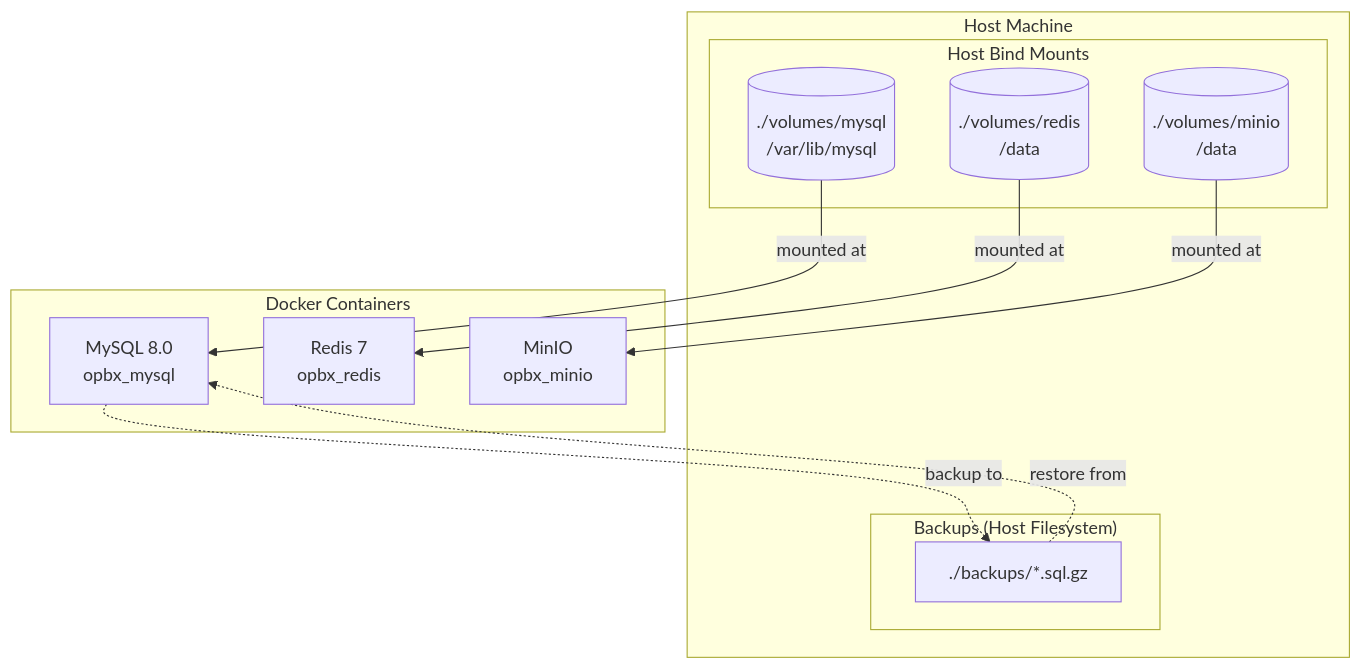
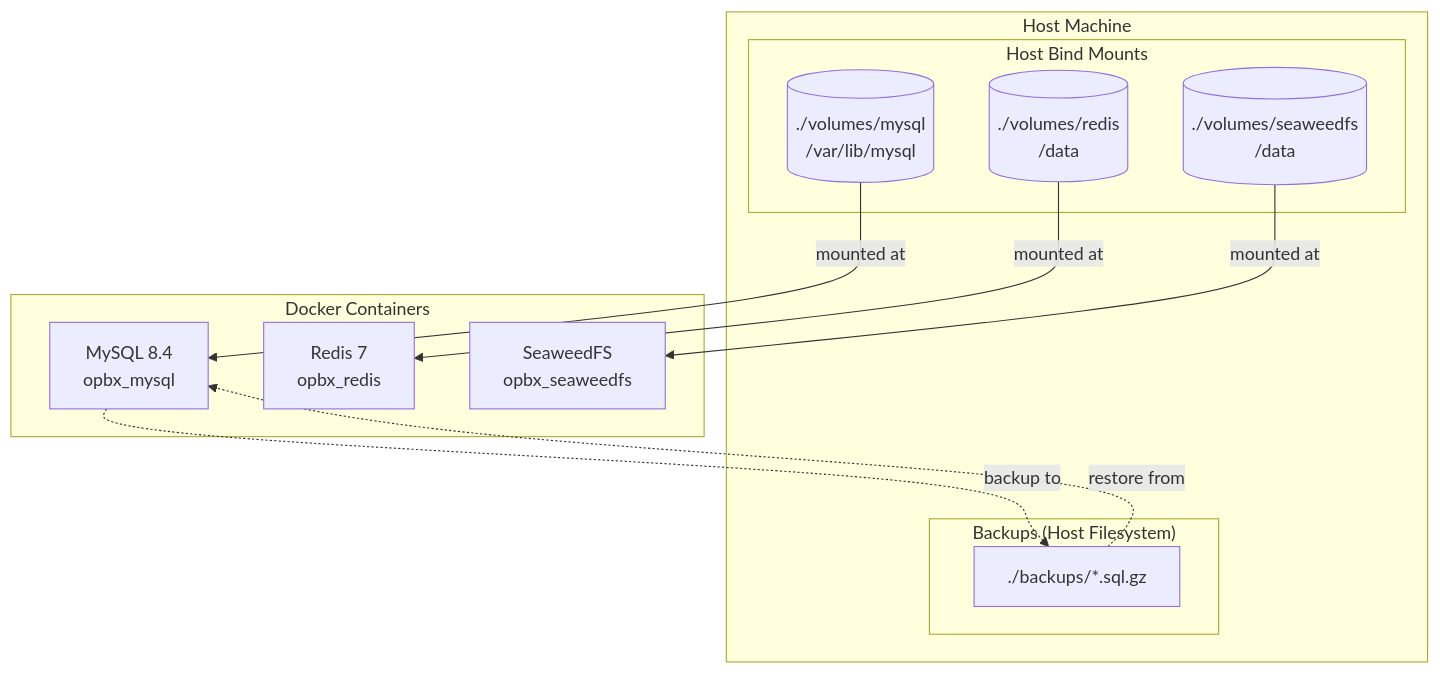
One commit to greenfieldtech-nirs/opbx changed the diagram in docs/DATABASE-PERSISTENCE.md. Above: the diagram before and after it, drawn with Mermaid. The commit also changed other lines of this file, not shown here.

Commit message:
docs(infra): update persistence guide for SeaweedFS and MySQL 8.4

````diff
--- a/docs/DATABASE-PERSISTENCE.md
+++ b/docs/DATABASE-PERSISTENCE.md
@@ -35,25 +35,25 @@
 ```mermaid
 flowchart TB
     subgraph Host["Host Machine"]
         subgraph HostBindMounts["Host Bind Mounts"]
             mysql_data[("./volumes/mysql\n/var/lib/mysql")]
             redis_data[("./volumes/redis\n/data")]
-            minio_data[("./volumes/minio\n/data")]
+            seaweedfs_data[("./volumes/seaweedfs\n/data")]
         end
         subgraph Backups["Backups (Host Filesystem)"]
             backup_files["./backups/*.sql.gz"]
         end
     end
 
     subgraph Containers["Docker Containers"]
-        mysql["MySQL 8.0\nopbx_mysql"]
+        mysql["MySQL 8.4\nopbx_mysql"]
         redis["Redis 7\nopbx_redis"]
-        minio["MinIO\nopbx_minio"]
+        seaweedfs["SeaweedFS\nopbx_seaweedfs"]
     end
 
     mysql_data -->|"mounted at"| mysql
     redis_data -->|"mounted at"| redis
-    minio_data -->|"mounted at"| minio
+    seaweedfs_data -->|"mounted at"| seaweedfs
     backup_files -.->|"restore from"| mysql
     mysql -.->|"backup to"| backup_files
 ```
````
